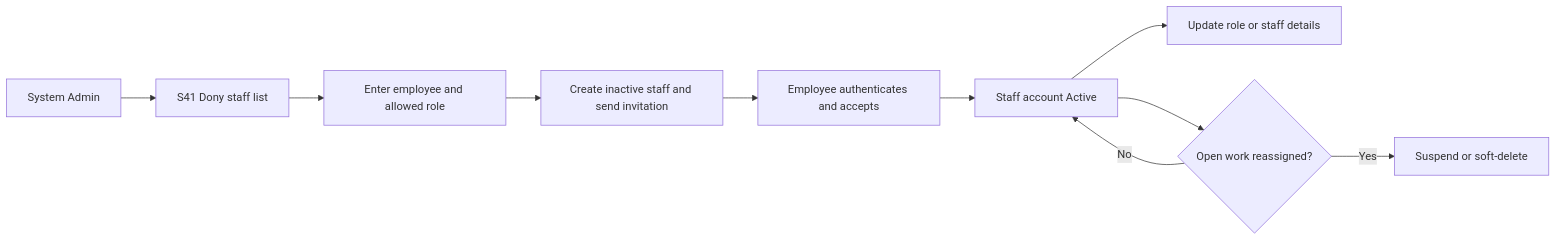
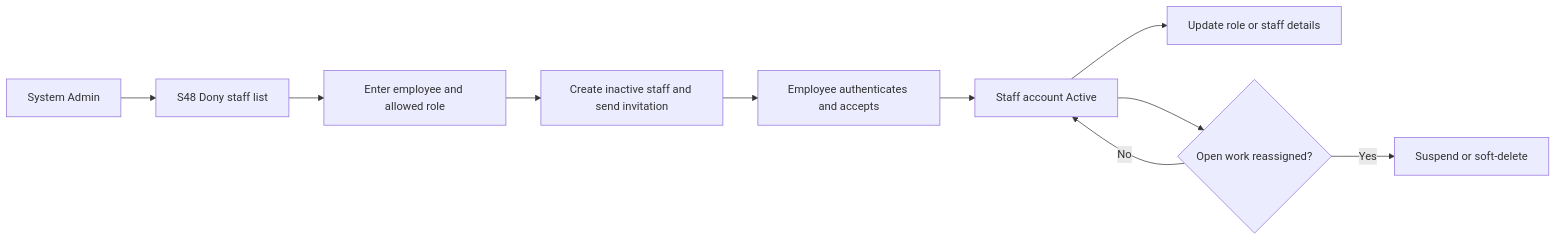
One commit to ankhanhwork/weavelink-project changed the first of 2 diagrams in docs/spec/specs/spec-MFG-03.md. Above: the diagram before and after it, drawn with Mermaid. The commit also changed other lines of this file and 235 other files, not shown here.

````diff
--- a/docs/spec/specs/spec-MFG-03.md
+++ b/docs/spec/specs/spec-MFG-03.md
@@ -78,12 +76,12 @@
 ```mermaid
 flowchart LR
-  Admin[System Admin] --> List[S41 Dony staff list]
+  Admin[System Admin] --> List[S48 Dony staff list]
   List --> Create[Enter employee and allowed role]
   Create --> Invite[Create inactive staff and send invitation]
   Invite --> Accept[Employee authenticates and accepts]
   Accept --> Active[Staff account Active]
   Active --> Update[Update role or staff details]
   Active --> Check{Open work reassigned?}
   Check -->|No| Active
   Check -->|Yes| Suspend[Suspend or soft-delete]
 ```
````
